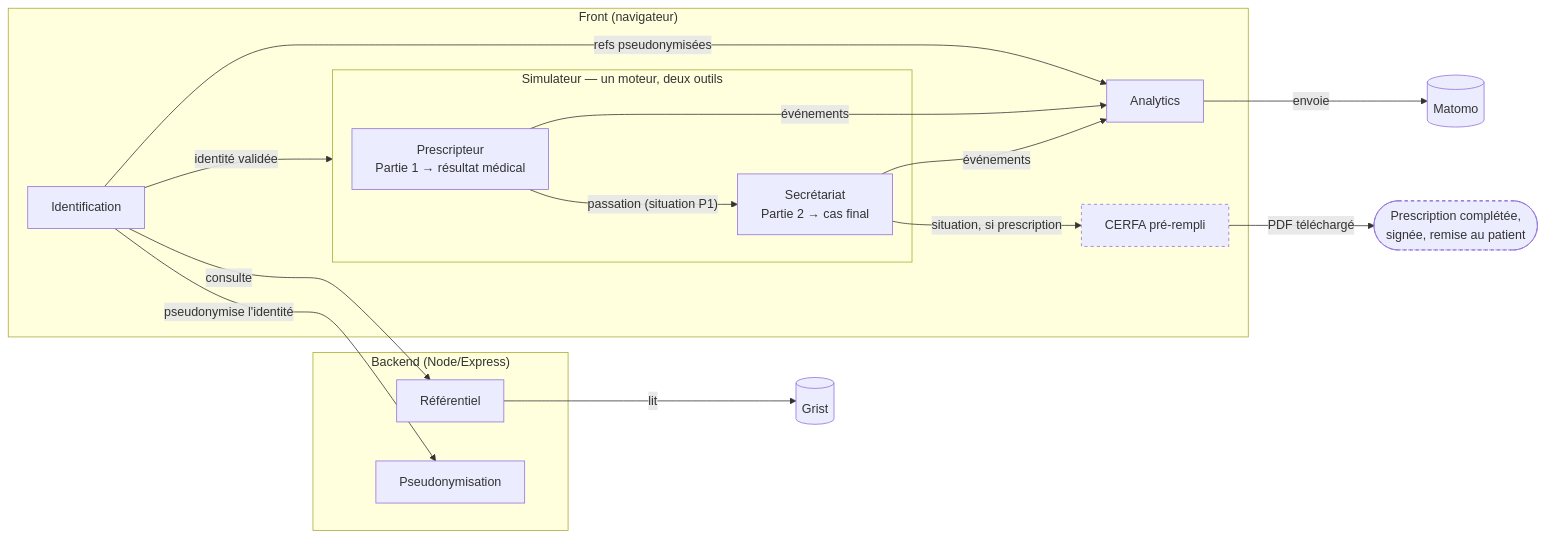
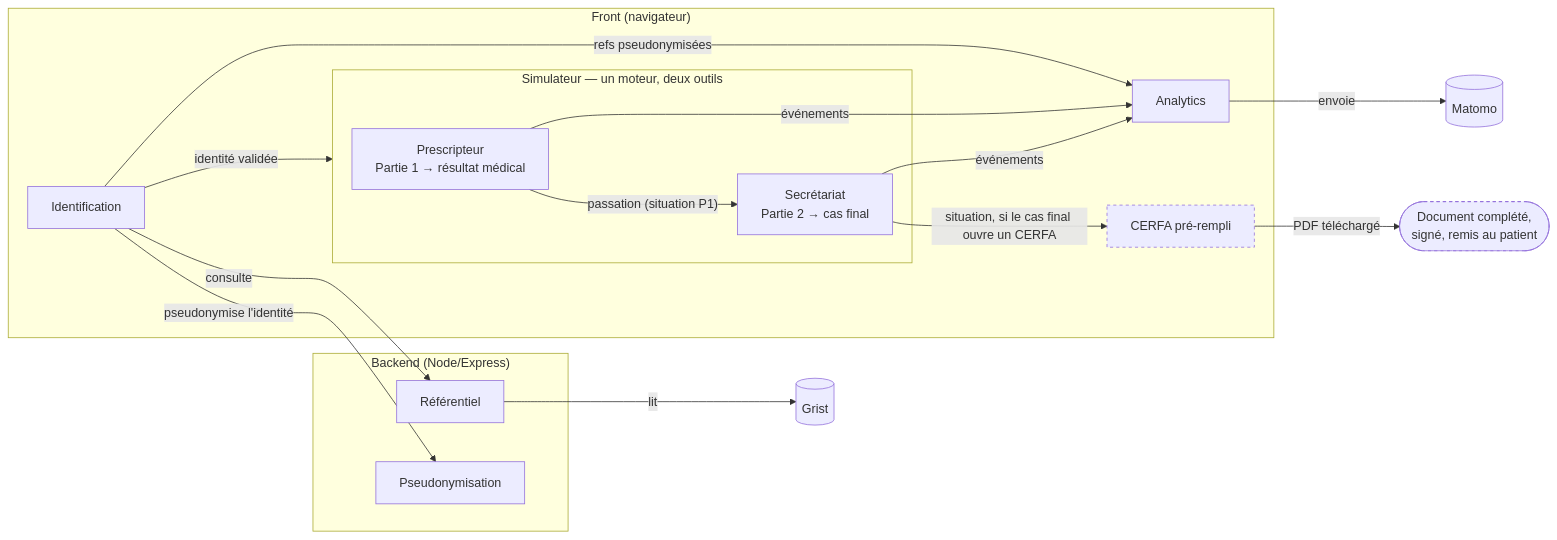
One commit to betagouv/transports-sanitaires changed the diagram in apps/simulateur-eligibilite/README.md. Above: the diagram before and after it, drawn with Mermaid. The commit also changed other lines of this file and 12 other files, not shown here.

````diff
--- a/apps/simulateur-eligibilite/README.md
+++ b/apps/simulateur-eligibilite/README.md
@@ -12,36 +12,36 @@
 ```mermaid
 flowchart LR
     subgraph front["Front (navigateur)"]
         Ident["Identification"]
         subgraph simu["Simulateur — un moteur, deux outils"]
             Presc["Prescripteur<br/>Partie 1 → résultat médical"]
             Secr["Secrétariat<br/>Partie 2 → cas final"]
         end
         Cerfa["CERFA pré-rempli"]
         Analytics["Analytics"]
     end
 
     subgraph back["Backend (Node/Express)"]
         Ref["Référentiel"]
         Pseudo["Pseudonymisation"]
     end
 
     Grist[("Grist")]
     Matomo[("Matomo")]
-    Patient(["Prescription complétée,<br/>signée, remise au patient"])
+    Patient(["Document complété,<br/>signé, remis au patient"])
 
     Ident -->|"consulte"| Ref
     Ident -->|"pseudonymise l'identité"| Pseudo
     Ident -->|"identité validée"| simu
     Ident -->|"refs pseudonymisées"| Analytics
     Presc -->|"passation (situation P1)"| Secr
     Presc -->|"événements"| Analytics
     Secr -->|"événements"| Analytics
-    Secr -->|"situation, si prescription"| Cerfa
+    Secr -->|"situation, si le cas final ouvre un CERFA"| Cerfa
     Cerfa -->|"PDF téléchargé"| Patient
     Ref -->|"lit"| Grist
     Analytics -->|"envoie"| Matomo
 
     classDef nominatif stroke-dasharray:4
     class Cerfa,Patient nominatif
 ```
````
